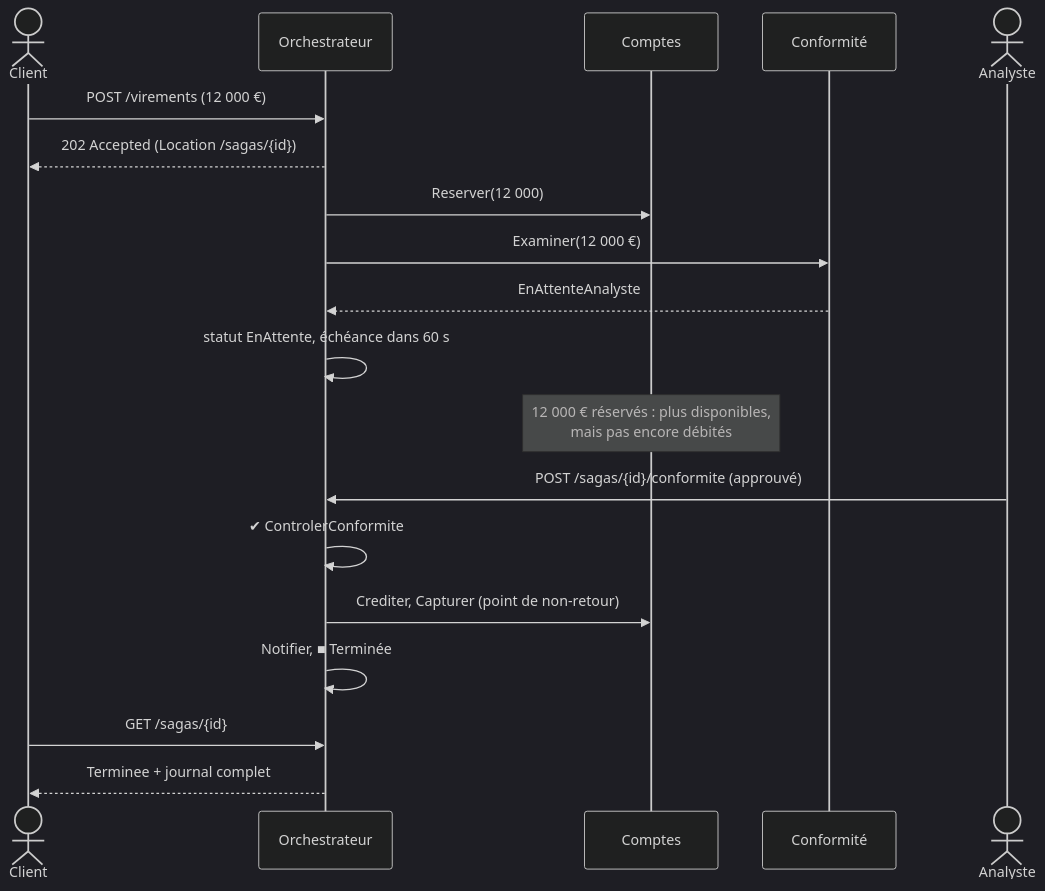
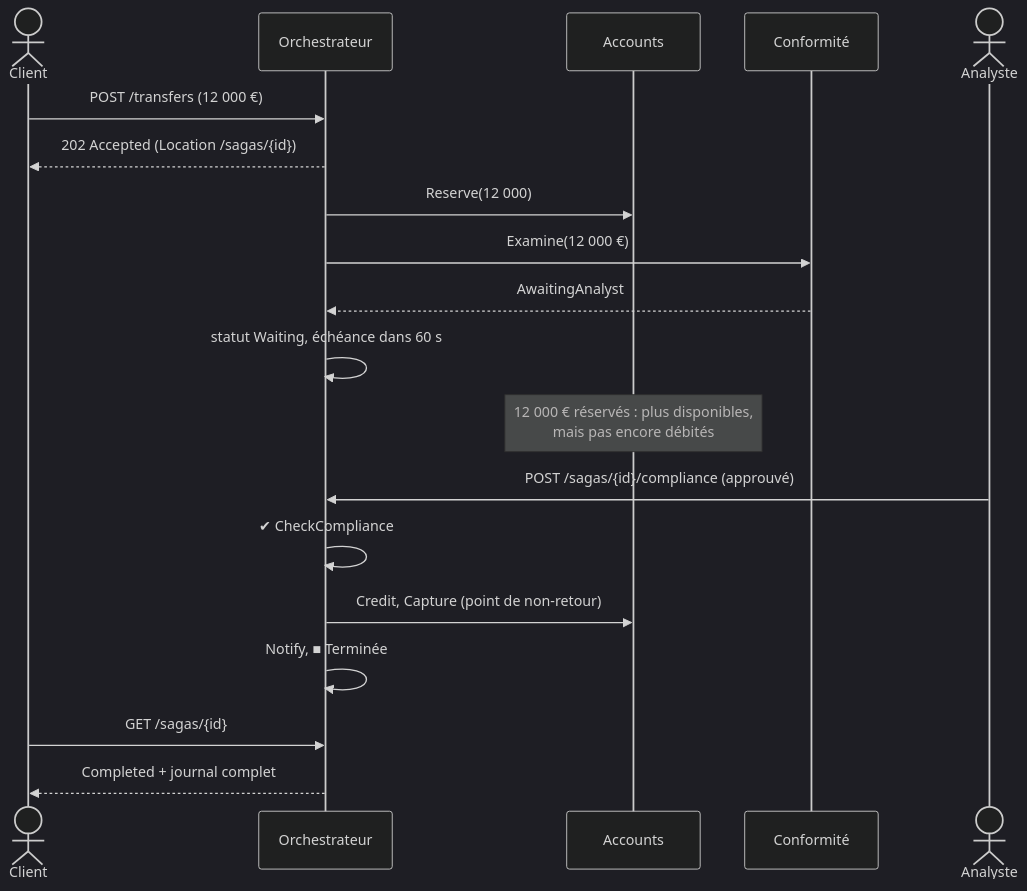
One commit to drangoht/ArchitecturesDemo changed the fourth of 4 diagrams in Docs/14-saga-orchestree.md. Above: the diagram before and after it, drawn with Mermaid (dark theme). The commit also changed other lines of this file and 70 other files, not shown here.

Commit message:
Docs FR : identifiants, liens, diagrammes et sorties alignés sur le code anglais

````diff
--- a/Docs/14-saga-orchestree.md
+++ b/Docs/14-saga-orchestree.md
@@ -248,21 +248,21 @@
 ```mermaid
 sequenceDiagram
     actor Client
     participant O as Orchestrateur
-    participant C as Comptes
+    participant C as Accounts
     participant K as Conformité
     actor An as Analyste
-    Client->>O: POST /virements (12 000 €)
+    Client->>O: POST /transfers (12 000 €)
     O-->>Client: 202 Accepted (Location /sagas/{id})
-    O->>C: Reserver(12 000)
-    O->>K: Examiner(12 000 €)
-    K-->>O: EnAttenteAnalyste
-    O->>O: statut EnAttente, échéance dans 60 s
+    O->>C: Reserve(12 000)
+    O->>K: Examine(12 000 €)
+    K-->>O: AwaitingAnalyst
+    O->>O: statut Waiting, échéance dans 60 s
     Note over C: 12 000 € réservés : plus disponibles,<br/>mais pas encore débités
-    An->>O: POST /sagas/{id}/conformite (approuvé)
-    O->>O: ✔ ControlerConformite
-    O->>C: Crediter, Capturer (point de non-retour)
-    O->>O: Notifier, ■ Terminée
+    An->>O: POST /sagas/{id}/compliance (approuvé)
+    O->>O: ✔ CheckCompliance
+    O->>C: Credit, Capture (point de non-retour)
+    O->>O: Notify, ■ Terminée
     Client->>O: GET /sagas/{id}
-    O-->>Client: Terminee + journal complet
+    O-->>Client: Completed + journal complet
 ```
````
